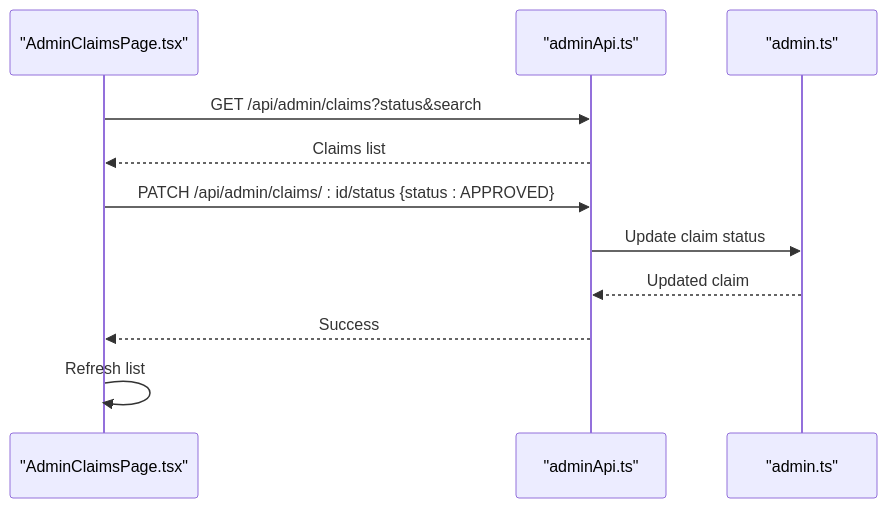
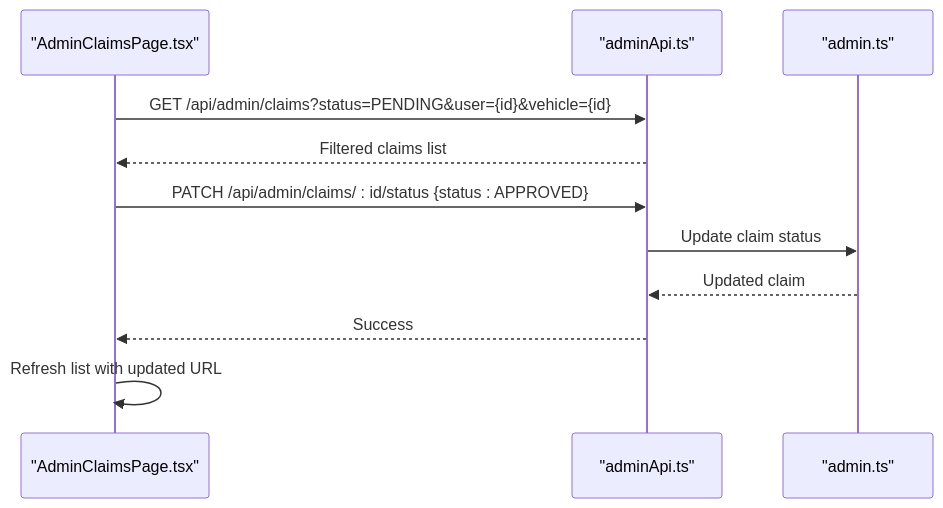
Before and after one commit to NaveenHiranya/Smart-Vehicle-Insurance-Claim-System: the fourth of 9 diagrams in .qoder/repowiki/en/content/Frontend Documentation/Pages and Views/Admin Pages/Admin Pages.md, drawn with Mermaid. The commit also changed other lines of this file and 45 other files, not shown here.

````diff
--- a/.qoder/repowiki/en/content/Frontend Documentation/Pages and Views/Admin Pages/Admin Pages.md
+++ b/.qoder/repowiki/en/content/Frontend Documentation/Pages and Views/Admin Pages/Admin Pages.md
@@ -161,13 +175,13 @@
 ```mermaid
 sequenceDiagram
 participant P as "AdminClaimsPage.tsx"
 participant API as "adminApi.ts"
 participant R as "admin.ts"
-P->>API : GET /api/admin/claims?status&search
-API-->>P : Claims list
+P->>API : GET /api/admin/claims?status=PENDING&user={id}&vehicle={id}
+API-->>P : Filtered claims list
 P->>API : PATCH /api/admin/claims/ : id/status {status : APPROVED}
 API->>R : Update claim status
 R-->>API : Updated claim
 API-->>P : Success
-P->>P : Refresh list
+P->>P : Refresh list with updated URL
 ```
````
